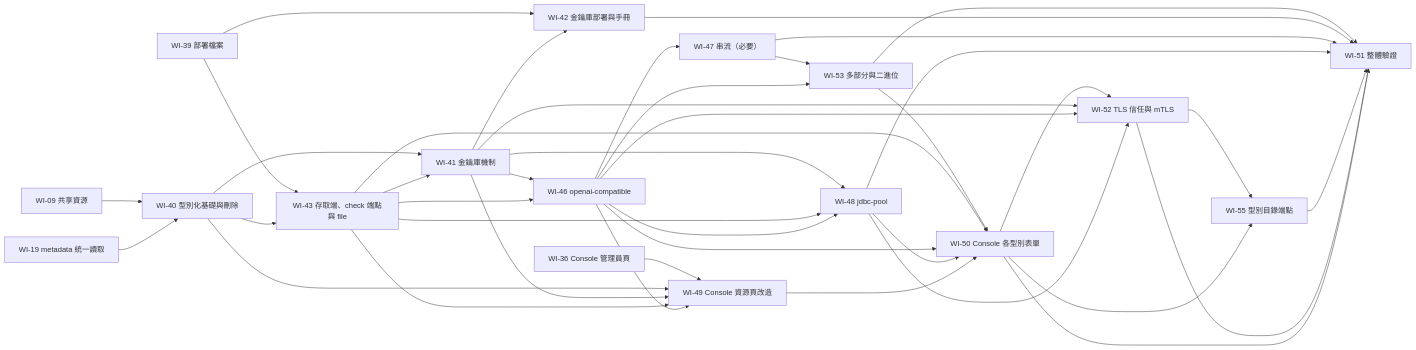
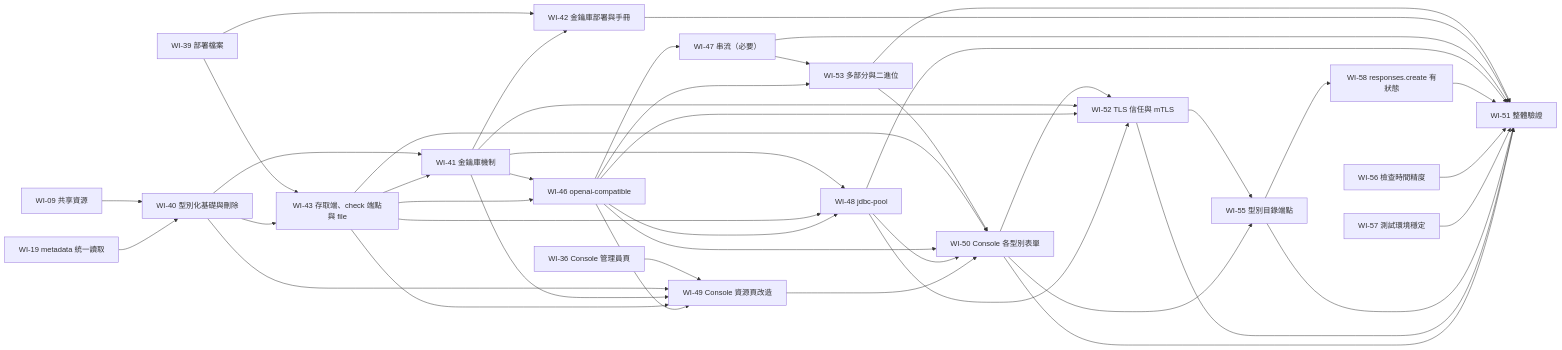
The diagram in docs/stable/pipeline-engine/work-items/README.md (lanyitin/runline), drawn with Mermaid before and after one commit. The commit also changed other lines of this file and 6 other files, not shown here.

````diff
--- a/docs/stable/pipeline-engine/work-items/README.md
+++ b/docs/stable/pipeline-engine/work-items/README.md
@@ -76,42 +79,46 @@
 ```mermaid
 flowchart LR
   WI09[WI-09 共享資源] --> WI40[WI-40 型別化基礎與刪除]
   WI19[WI-19 metadata 統一讀取] --> WI40
   WI39[WI-39 部署檔案] --> WI43[WI-43 存取端、check 端點與 file]
   WI40 --> WI43
   WI40 --> WI41
   WI43 --> WI41[WI-41 金鑰庫機制]
   WI39 --> WI42[WI-42 金鑰庫部署與手冊]
   WI41 --> WI42
   WI41 --> WI46[WI-46 openai-compatible]
   WI43 --> WI46
   WI46 --> WI47[WI-47 串流（必要）]
   WI47 --> WI53[WI-53 多部分與二進位]
   WI46 --> WI53
   WI53 --> WI50
   WI53 --> WI51
   WI41 --> WI48[WI-48 jdbc-pool]
   WI43 --> WI48
   WI46 --> WI48
   WI36[WI-36 Console 管理員頁] --> WI49[WI-49 Console 資源頁改造]
   WI40 --> WI49
   WI41 --> WI49
   WI43 --> WI49
   WI46 --> WI49
   WI43 --> WI50[WI-50 Console 各型別表單]
   WI46 --> WI50
   WI48 --> WI50
   WI49 --> WI50
   WI42 --> WI51[WI-51 整體驗證]
   WI47 --> WI51
   WI48 --> WI51
   WI50 --> WI52[WI-52 TLS 信任與 mTLS]
   WI41 --> WI52
   WI46 --> WI52
   WI48 --> WI52
   WI52 --> WI55[WI-55 型別目錄端點]
   WI50 --> WI55
+  WI55 --> WI58[WI-58 responses.create 有狀態]
+  WI58 --> WI51
+  WI56[WI-56 檢查時間精度] --> WI51
+  WI57[WI-57 測試環境穩定] --> WI51
   WI55 --> WI51
   WI52 --> WI51
   WI50 --> WI51
 ```
````
